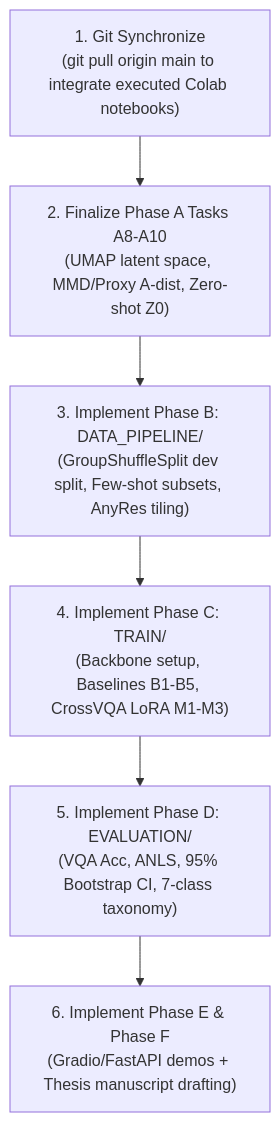
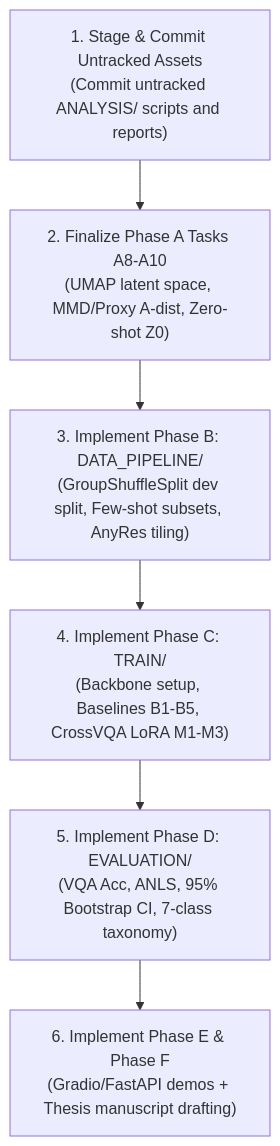
One commit to NhanChanDeo/VQA_Final_Thesis changed the diagram in 18-27-00_2026-10-17_CrossVQA_Project_Progress_Reassessment.md. Above: the diagram before and after it, drawn with Mermaid. The commit also changed other lines of this file, not shown here.

````diff
--- a/18-27-00_2026-10-17_CrossVQA_Project_Progress_Reassessment.md
+++ b/18-27-00_2026-10-17_CrossVQA_Project_Progress_Reassessment.md
@@ -220,9 +223,9 @@
 ```mermaid
 flowchart TD
-    S1["1. Git Synchronize<br>(git pull origin main to integrate executed Colab notebooks)"] --> S2
+    S1["1. Stage & Commit Untracked Assets<br>(Commit untracked ANALYSIS/ scripts and reports)"] --> S2
     S2["2. Finalize Phase A Tasks A8-A10<br>(UMAP latent space, MMD/Proxy A-dist, Zero-shot Z0)"] --> S3
     S3["3. Implement Phase B: DATA_PIPELINE/<br>(GroupShuffleSplit dev split, Few-shot subsets, AnyRes tiling)"] --> S4
     S4["4. Implement Phase C: TRAIN/<br>(Backbone setup, Baselines B1-B5, CrossVQA LoRA M1-M3)"] --> S5
     S5["5. Implement Phase D: EVALUATION/<br>(VQA Acc, ANLS, 95% Bootstrap CI, 7-class taxonomy)"] --> S6
     S6["6. Implement Phase E & Phase F<br>(Gradio/FastAPI demos + Thesis manuscript drafting)"]
 ```
````
